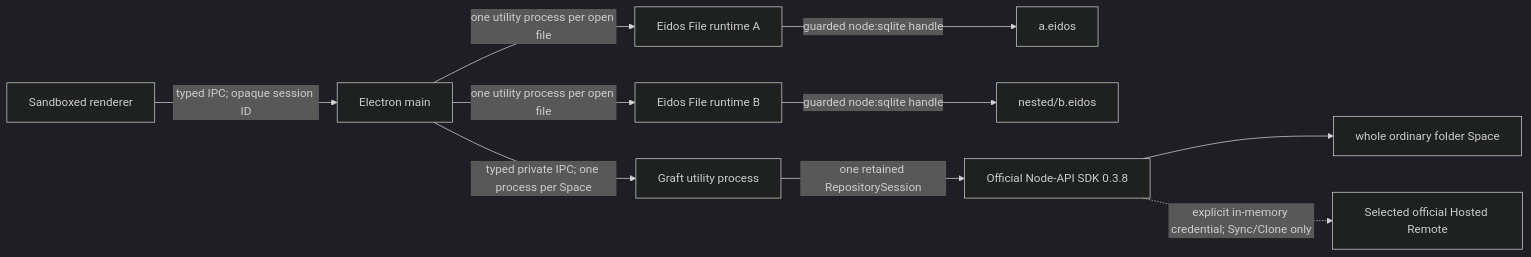
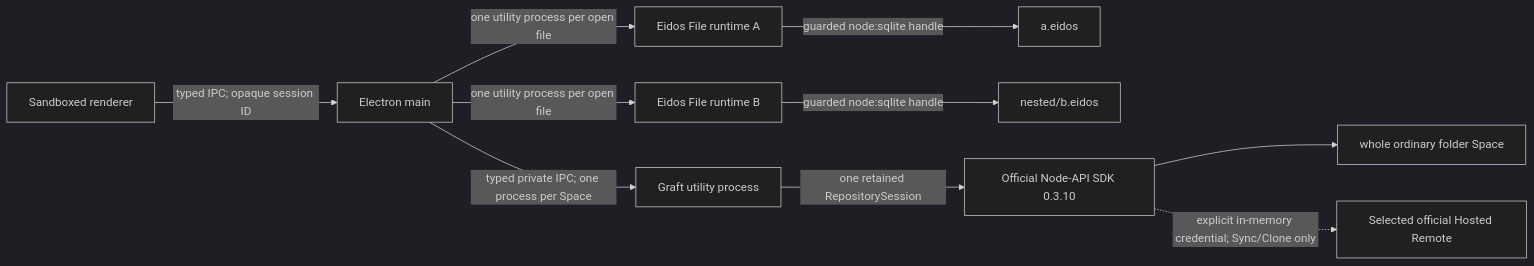
One commit to mayneyao/eidos changed the first of 3 diagrams in apps/eidos-lite-desktop/docs/ARCHITECTURE.md. Above: the diagram before and after it, drawn with Mermaid (dark theme). The commit also changed other lines of this file and 43 other files, not shown here.

````diff
--- a/apps/eidos-lite-desktop/docs/ARCHITECTURE.md
+++ b/apps/eidos-lite-desktop/docs/ARCHITECTURE.md
@@ -58,12 +58,12 @@
 ```mermaid
 flowchart LR
   R["Sandboxed renderer"] -->|"typed IPC; opaque session ID"| M["Electron main"]
   M -->|"one utility process per open file"| F1["Eidos File runtime A"]
   M -->|"one utility process per open file"| F2["Eidos File runtime B"]
   F1 -->|"guarded node:sqlite handle"| E1["a.eidos"]
   F2 -->|"guarded node:sqlite handle"| E2["nested/b.eidos"]
   M -->|"typed private IPC; one process per Space"| G["Graft utility process"]
-  G -->|"one retained RepositorySession"| N["Official Node-API SDK 0.3.8"]
+  G -->|"one retained RepositorySession"| N["Official Node-API SDK 0.3.10"]
   N --> S["whole ordinary folder Space"]
   N -. "explicit in-memory credential; Sync/Clone only" .-> H["Selected official Hosted Remote"]
 ```
````
